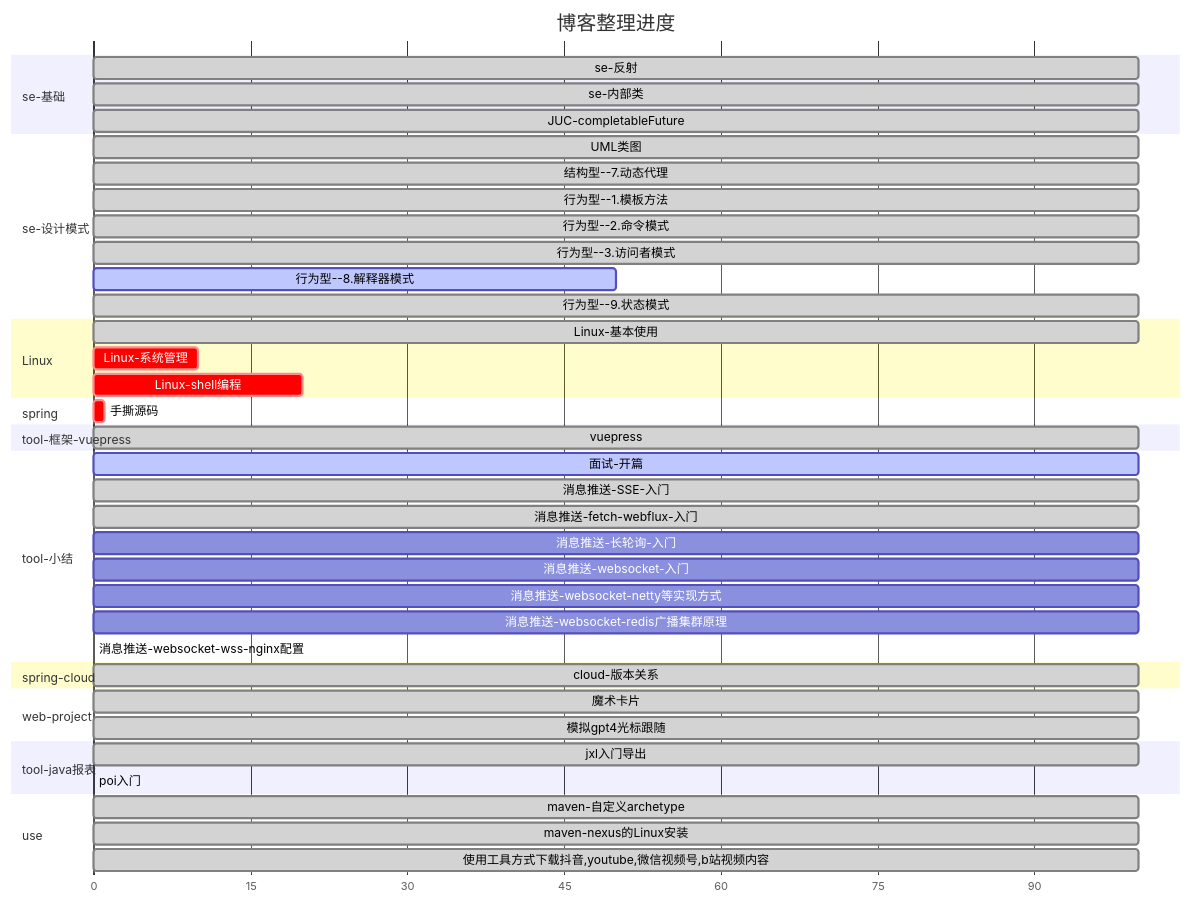
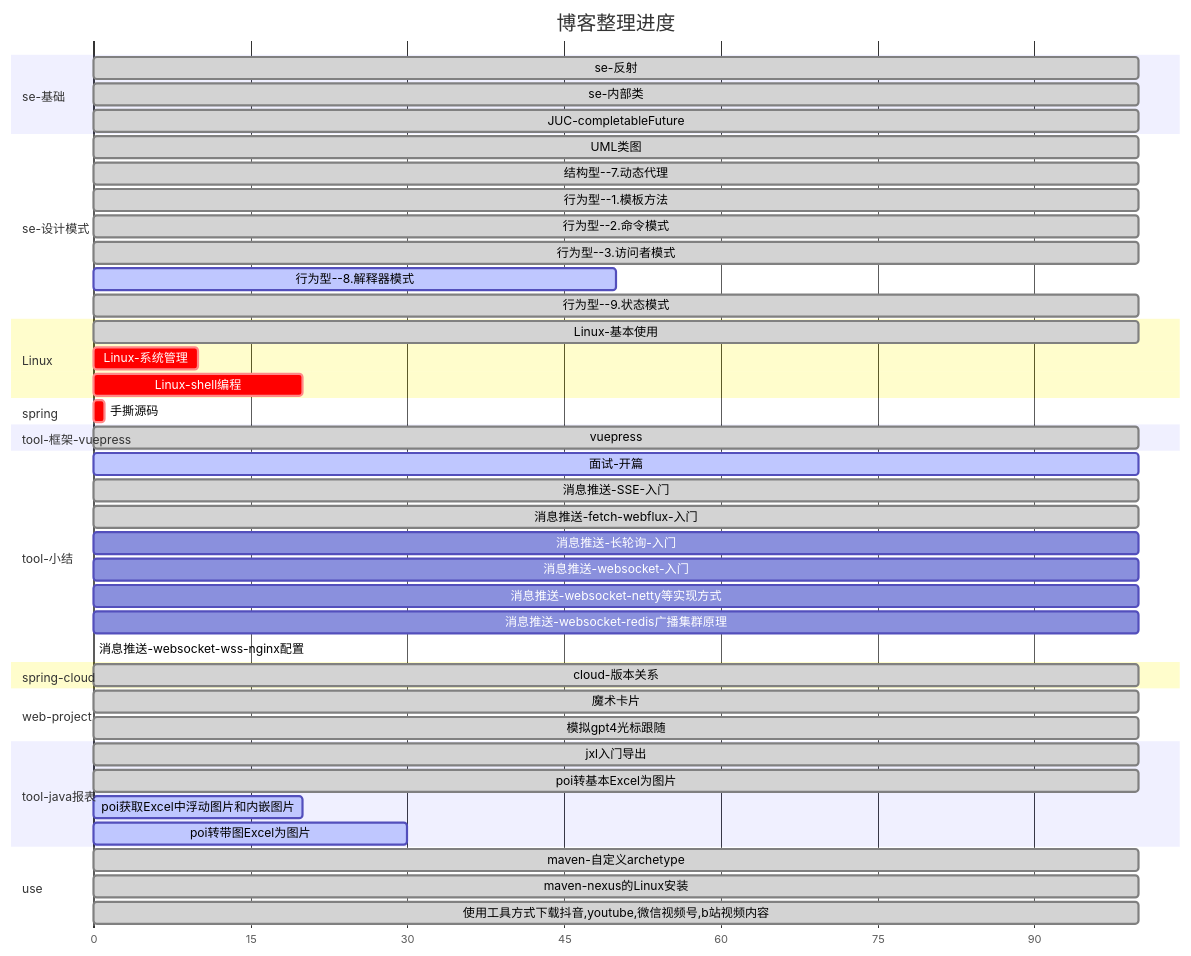
Before and after one commit to zs-mcu/docs: the diagram in docs/README.md, drawn with Mermaid. The commit also changed other lines of this file and 25 other files, not shown here.

```diff
--- a/docs/README.md
+++ b/docs/README.md
@@ -102,7 +102,10 @@
 
   section tool-java报表
   jxl入门导出       :done,0,100
-  poi入门          :crit,0,0
+  poi转基本Excel为图片  :done,0,100
+  poi获取Excel中浮动图片和内嵌图片:active,0,20
+  poi转带图Excel为图片  :active,0,30
+
 
 
 
```
